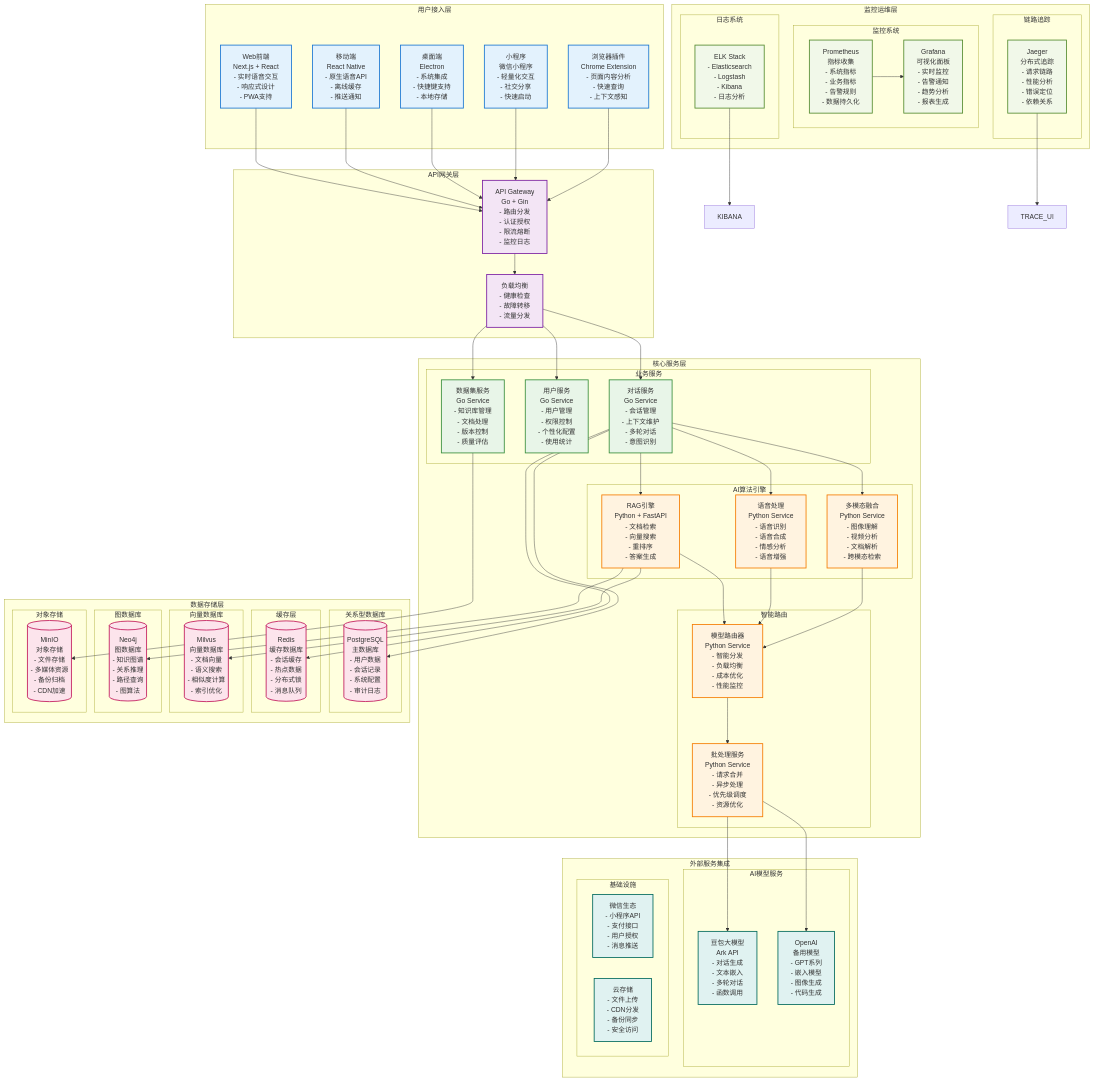
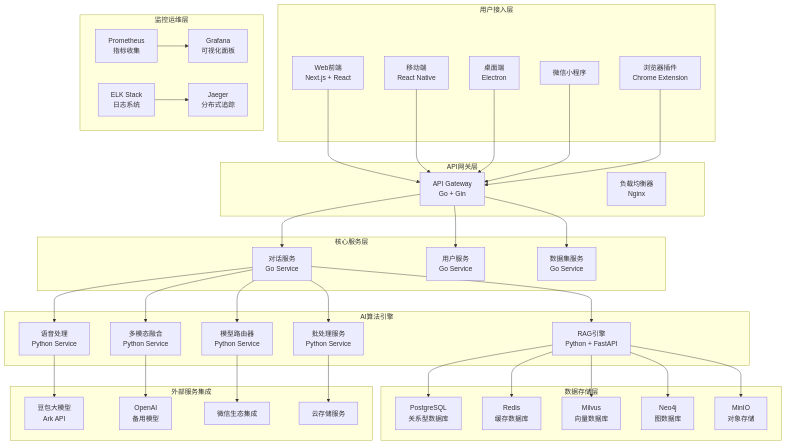
Before and after one commit to haoyunlt/voicehelper: the diagram in docs/ARCHITECTURE_DEEP_DIVE.md, drawn with Mermaid. The commit also changed other lines of this file and 41 other files, not shown here.

````diff
--- a/docs/ARCHITECTURE_DEEP_DIVE.md
+++ b/docs/ARCHITECTURE_DEEP_DIVE.md
@@ -173,134 +28,81 @@
 ```mermaid
 graph TB
     subgraph "用户接入层"
-        WEB[Web前端<br/>Next.js + React<br/>- 实时语音交互<br/>- 响应式设计<br/>- PWA支持]
-        MOBILE[移动端<br/>React Native<br/>- 原生语音API<br/>- 离线缓存<br/>- 推送通知]
-        DESKTOP[桌面端<br/>Electron<br/>- 系统集成<br/>- 快捷键支持<br/>- 本地存储]
-        MINIAPP[小程序<br/>微信小程序<br/>- 轻量化交互<br/>- 社交分享<br/>- 快速启动]
-        EXTENSION[浏览器插件<br/>Chrome Extension<br/>- 页面内容分析<br/>- 快速查询<br/>- 上下文感知]
+        WEB[Web前端<br/>Next.js + React]
+        MOBILE[移动端<br/>React Native]
+        DESKTOP[桌面端<br/>Electron]
+        MINI[微信小程序]
+        EXT[浏览器插件<br/>Chrome Extension]
     end
-
+    
     subgraph "API网关层"
-        GATEWAY[API Gateway<br/>Go + Gin<br/>- 路由分发<br/>- 认证授权<br/>- 限流熔断<br/>- 监控日志]
-        LB[负载均衡<br/>- 健康检查<br/>- 故障转移<br/>- 流量分发]
+        GATEWAY[API Gateway<br/>Go + Gin]
+        LB[负载均衡器<br/>Nginx]
     end
-
+    
     subgraph "核心服务层"
-        subgraph "业务服务"
-            CHAT[对话服务<br/>Go Service<br/>- 会话管理<br/>- 上下文维护<br/>- 多轮对话<br/>- 意图识别]
-            USER[用户服务<br/>Go Service<br/>- 用户管理<br/>- 权限控制<br/>- 个性化配置<br/>- 使用统计]
-            DATASET[数据集服务<br/>Go Service<br/>- 知识库管理<br/>- 文档处理<br/>- 版本控制<br/>- 质量评估]
-        end
-        
-        subgraph "AI算法引擎"
-            RAG[RAG引擎<br/>Python + FastAPI<br/>- 文档检索<br/>- 向量搜索<br/>- 重排序<br/>- 答案生成]
-            VOICE[语音处理<br/>Python Service<br/>- 语音识别<br/>- 语音合成<br/>- 情感分析<br/>- 语音增强]
-            MULTIMODAL[多模态融合<br/>Python Service<br/>- 图像理解<br/>- 视频分析<br/>- 文档解析<br/>- 跨模态检索]
-        end
-        
-        subgraph "智能路由"
-            ROUTER[模型路由器<br/>Python Service<br/>- 智能分发<br/>- 负载均衡<br/>- 成本优化<br/>- 性能监控]
-            BATCH[批处理服务<br/>Python Service<br/>- 请求合并<br/>- 异步处理<br/>- 优先级调度<br/>- 资源优化]
-        end
+        CHAT[对话服务<br/>Go Service]
+        USER[用户服务<br/>Go Service]
+        DATA[数据集服务<br/>Go Service]
     end
-
+    
+    subgraph "AI算法引擎"
+        RAG[RAG引擎<br/>Python + FastAPI]
+        VOICE[语音处理<br/>Python Service]
+        MULTI[多模态融合<br/>Python Service]
+        ROUTER[模型路由器<br/>Python Service]
+        BATCH[批处理服务<br/>Python Service]
+    end
+    
     subgraph "数据存储层"
-        subgraph "关系型数据库"
-            POSTGRES[(PostgreSQL<br/>主数据库<br/>- 用户数据<br/>- 会话记录<br/>- 系统配置<br/>- 审计日志)]
-        end
-        
-        subgraph "缓存层"
-            REDIS[(Redis<br/>缓存数据库<br/>- 会话缓存<br/>- 热点数据<br/>- 分布式锁<br/>- 消息队列)]
-        end
-        
-        subgraph "向量数据库"
-            MILVUS[(Milvus<br/>向量数据库<br/>- 文档向量<br/>- 语义搜索<br/>- 相似度计算<br/>- 索引优化)]
-        end
-        
-        subgraph "图数据库"
-            NEO4J[(Neo4j<br/>图数据库<br/>- 知识图谱<br/>- 关系推理<br/>- 路径查询<br/>- 图算法)]
-        end
-        
-        subgraph "对象存储"
-            MINIO[(MinIO<br/>对象存储<br/>- 文件存储<br/>- 多媒体资源<br/>- 备份归档<br/>- CDN加速)]
-        end
+        PG[PostgreSQL<br/>关系型数据库]
+        REDIS[Redis<br/>缓存数据库]
+        MILVUS[Milvus<br/>向量数据库]
+        NEO4J[Neo4j<br/>图数据库]
+        MINIO[MinIO<br/>对象存储]
     end
-
+    
     subgraph "外部服务集成"
-        subgraph "AI模型服务"
-            ARK[豆包大模型<br/>Ark API<br/>- 对话生成<br/>- 文本嵌入<br/>- 多轮对话<br/>- 函数调用]
-            OPENAI[OpenAI<br/>备用模型<br/>- GPT系列<br/>- 嵌入模型<br/>- 图像生成<br/>- 代码生成]
-        end
-        
-        subgraph "基础设施"
-            WECHAT[微信生态<br/>- 小程序API<br/>- 支付接口<br/>- 用户授权<br/>- 消息推送]
-            OSS[云存储<br/>- 文件上传<br/>- CDN分发<br/>- 备份同步<br/>- 安全访问]
-        end
+        ARK[豆包大模型<br/>Ark API]
+        OPENAI[OpenAI<br/>备用模型]
+        WECHAT[微信生态集成]
+        CLOUD[云存储服务]
     end
-
+    
     subgraph "监控运维层"
-        subgraph "监控系统"
-            PROMETHEUS[Prometheus<br/>指标收集<br/>- 系统指标<br/>- 业务指标<br/>- 告警规则<br/>- 数据持久化]
-            GRAFANA[Grafana<br/>可视化面板<br/>- 实时监控<br/>- 告警通知<br/>- 趋势分析<br/>- 报表生成]
-        end
-        
-        subgraph "日志系统"
-            ELK[ELK Stack<br/>- Elasticsearch<br/>- Logstash<br/>- Kibana<br/>- 日志分析]
-        end
-        
-        subgraph "链路追踪"
-            JAEGER[Jaeger<br/>分布式追踪<br/>- 请求链路<br/>- 性能分析<br/>- 错误定位<br/>- 依赖关系]
-        end
+        PROM[Prometheus<br/>指标收集]
+        GRAF[Grafana<br/>可视化面板]
+        ELK[ELK Stack<br/>日志系统]
+        JAEGER[Jaeger<br/>分布式追踪]
     end
-
-    %% 连接关系
+    
     WEB --> GATEWAY
     MOBILE --> GATEWAY
     DESKTOP --> GATEWAY
-    MINIAPP --> GATEWAY
-    EXTENSION --> GATEWAY
+    MINI --> GATEWAY
+    EXT --> GATEWAY
     
-    GATEWAY --> LB
-    LB --> CHAT
-    LB --> USER
-    LB --> DATASET
+    GATEWAY --> CHAT
+    GATEWAY --> USER
+    GATEWAY --> DATA
     
     CHAT --> RAG
     CHAT --> VOICE
-    CHAT --> MULTIMODAL
+    CHAT --> MULTI
+    CHAT --> ROUTER
+    CHAT --> BATCH
     
-    RAG --> ROUTER
-    VOICE --> ROUTER
-    MULTIMODAL --> ROUTER
-    
-    ROUTER --> BATCH
-    BATCH --> ARK
-    BATCH --> OPENAI
-    
-    CHAT --> POSTGRES
-    CHAT --> REDIS
+    RAG --> PG
+    RAG --> REDIS
     RAG --> MILVUS
     RAG --> NEO4J
-    DATASET --> MINIO
+    RAG --> MINIO
     
-    PROMETHEUS --> GRAFANA
-    ELK --> KIBANA
-    JAEGER --> TRACE_UI
-
-    %% 样式定义
-    classDef frontend fill:#e3f2fd,stroke:#1976d2,stroke-width:2px
-    classDef gateway fill:#f3e5f5,stroke:#7b1fa2,stroke-width:2px
-    classDef service fill:#e8f5e8,stroke:#388e3c,stroke-width:2px
-    classDef ai fill:#fff3e0,stroke:#f57c00,stroke-width:2px
-    classDef storage fill:#fce4ec,stroke:#c2185b,stroke-width:2px
-    classDef external fill:#e0f2f1,stroke:#00695c,stroke-width:2px
-    classDef monitor fill:#f1f8e9,stroke:#558b2f,stroke-width:2px
-
-    class WEB,MOBILE,DESKTOP,MINIAPP,EXTENSION frontend
-    class GATEWAY,LB gateway
-    class CHAT,USER,DATASET service
-    class RAG,VOICE,MULTIMODAL,ROUTER,BATCH ai
-    class POSTGRES,REDIS,MILVUS,NEO4J,MINIO storage
-    class ARK,OPENAI,WECHAT,OSS external
-    class PROMETHEUS,GRAFANA,ELK,JAEGER monitor
+    VOICE --> ARK
+    MULTI --> OPENAI
+    ROUTER --> WECHAT
+    BATCH --> CLOUD
+    
+    PROM --> GRAF
+    ELK --> JAEGER
 ```
````
